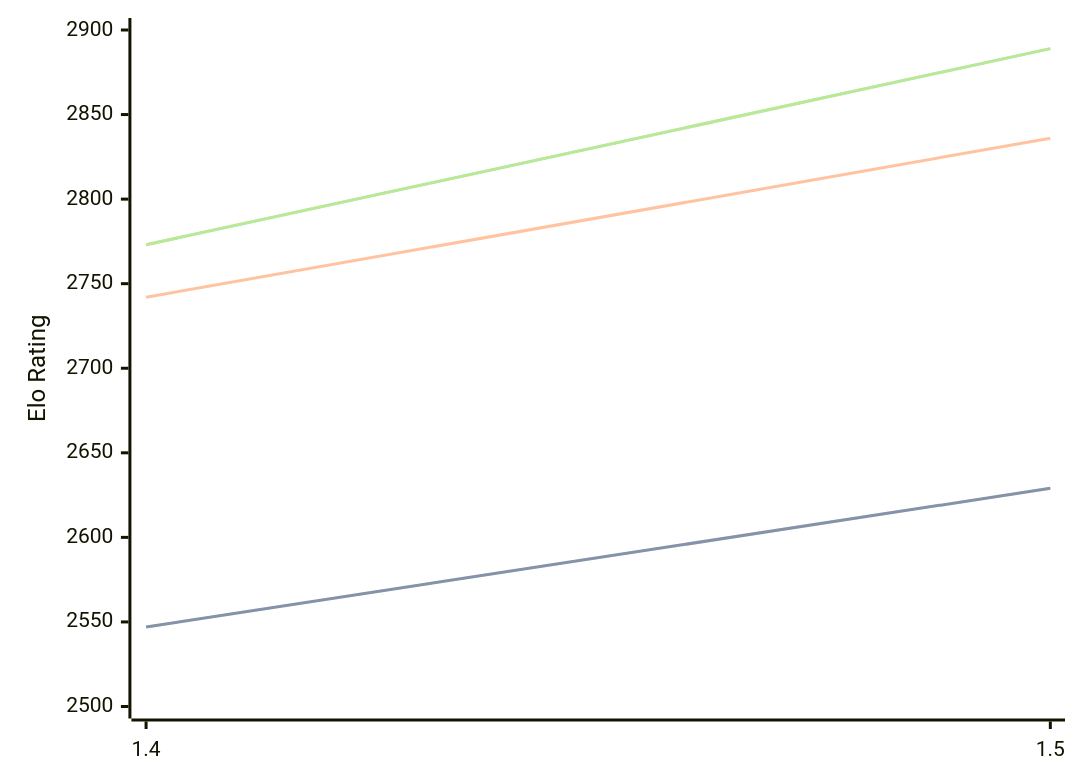
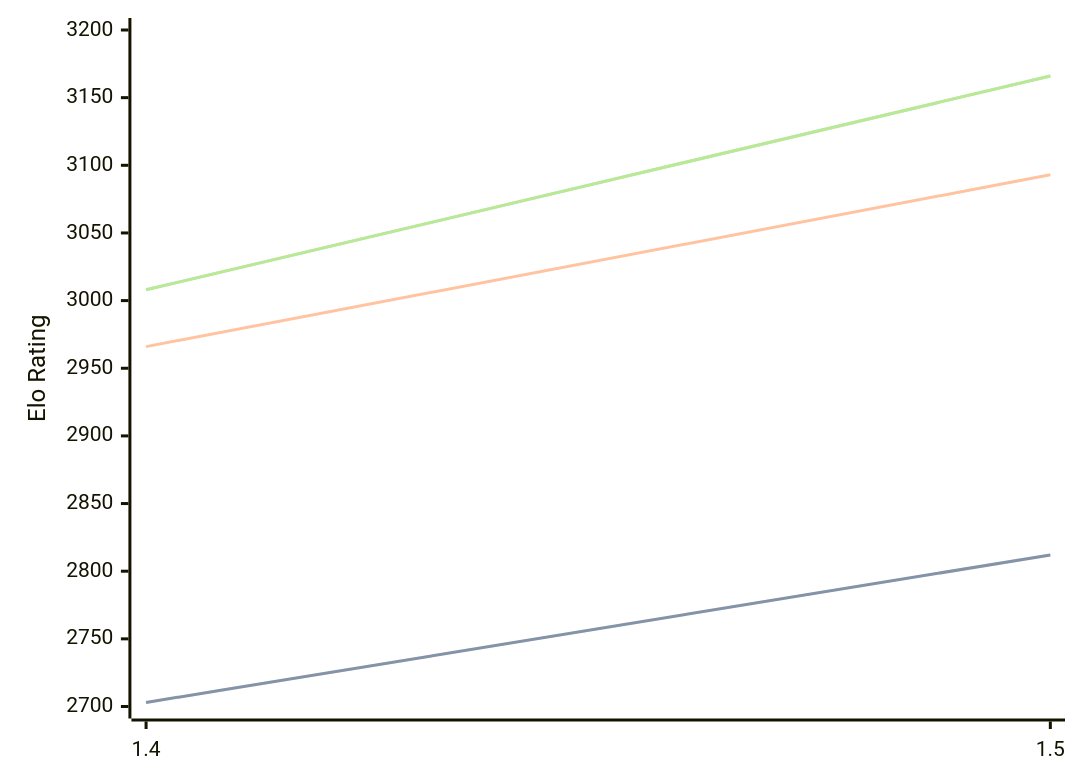
One commit to computer-chess-index/cci changed the diagram in engines/Yakka.md. Above: the diagram before and after it, drawn with Mermaid. The commit also changed other lines of this file, not shown here.

Commit message:
Update CCI Ratings (ELO VLTC) - 2026-02-24

````diff
--- a/engines/Yakka.md
+++ b/engines/Yakka.md
@@ -33,11 +34,11 @@
 ```mermaid
 %%{init: {"theme":"base","themeVariables":{"seriesColors:['#a3a3a3','#222221','#faa371']}}}%%
 xychart-beta
   x-axis ["1.4", "1.5"]
-  y-axis "Elo Rating" 2500 --> 2900
-  line "STC (8.0+0.08s)" [2547, 2629]
-  line "STC (8.0+0.08s)" [2547, 2629]
-  line "LTC (60.0+0.60s)" [2742, 2836]
-  line "VLTC (2m24s+1.12s)" [2773, 2889]
-  line "VLTC (2m24s+1.12s)" [2773, 2889]
+  y-axis "Elo Rating" 2700 --> 3200
+  line "STC (8.0+0.08s)" [2703, 2812]
+  line "STC (8.0+0.08s)" [2703, 2812]
+  line "LTC (60.0+0.60s)" [2966, 3093]
+  line "VLTC (2m24s+1.12s)" [3008, 3166]
+  line "VLTC (2m24s+1.12s)" [3008, 3166]
 ```
````
